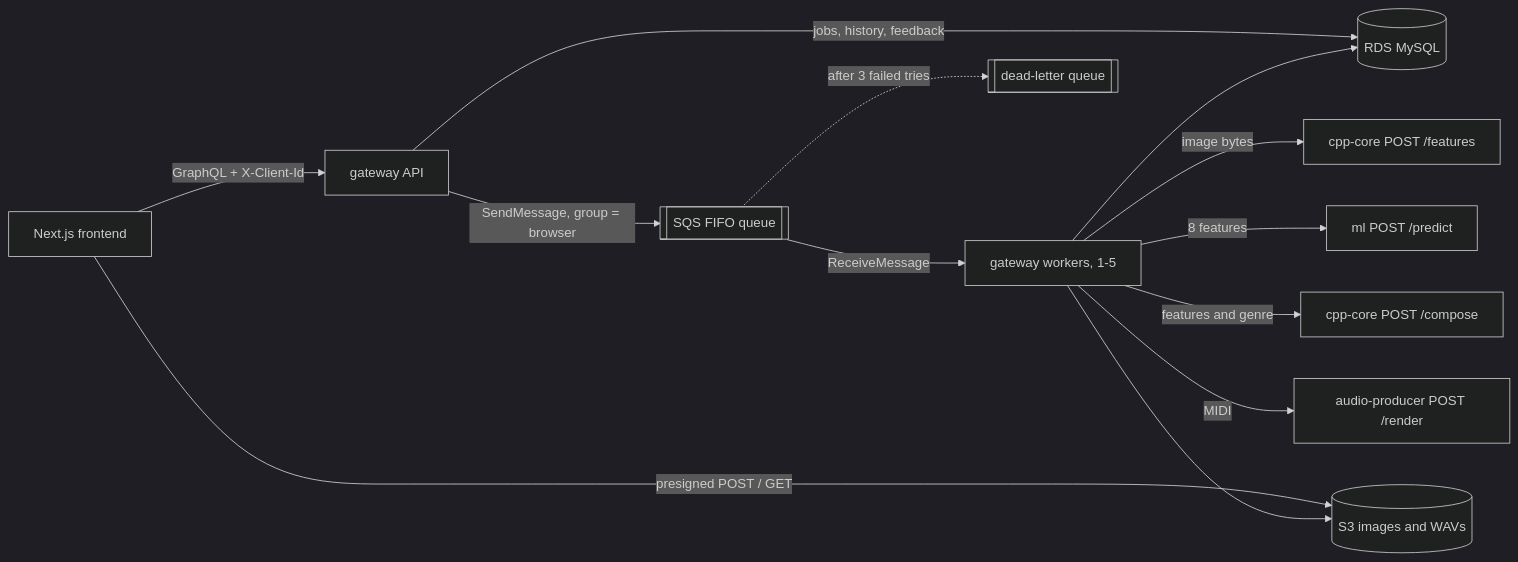
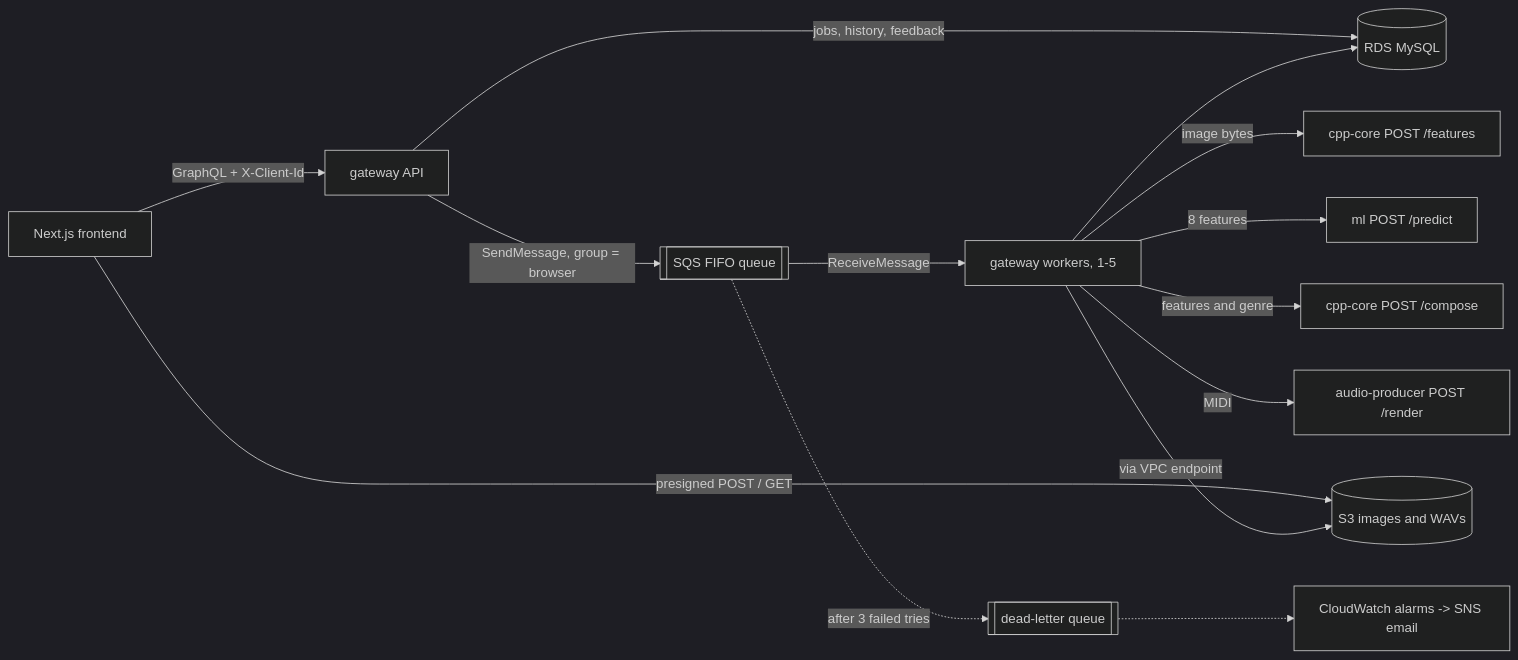
The diagram in README.md (DakshK26/SoundCanvas), drawn with Mermaid (dark theme) before and after one commit. The commit also changed other lines of this file, not shown here.

````diff
--- a/README.md
+++ b/README.md
@@ -12,15 +12,16 @@
 ```mermaid
 flowchart LR
   Browser[Next.js frontend] -->|GraphQL + X-Client-Id| Api[gateway API]
   Browser -->|presigned POST / GET| S3[(S3 images and WAVs)]
   Api -->|jobs, history, feedback| Rds[(RDS MySQL)]
   Api -->|SendMessage, group = browser| Sqs[[SQS FIFO queue]]
   Sqs -->|ReceiveMessage| Worker[gateway workers, 1-5]
   Sqs -.->|after 3 failed tries| Dlq[[dead-letter queue]]
+  Dlq -.-> Alarms[CloudWatch alarms -> SNS email]
   Worker -->|image bytes| CppFeatures["cpp-core POST /features"]
   Worker -->|8 features| Ml["ml POST /predict"]
   Worker -->|features and genre| CppCompose["cpp-core POST /compose"]
   Worker -->|MIDI| Audio["audio-producer POST /render"]
-  Worker --> S3
+  Worker -->|via VPC endpoint| S3
   Worker --> Rds
 ```
````
